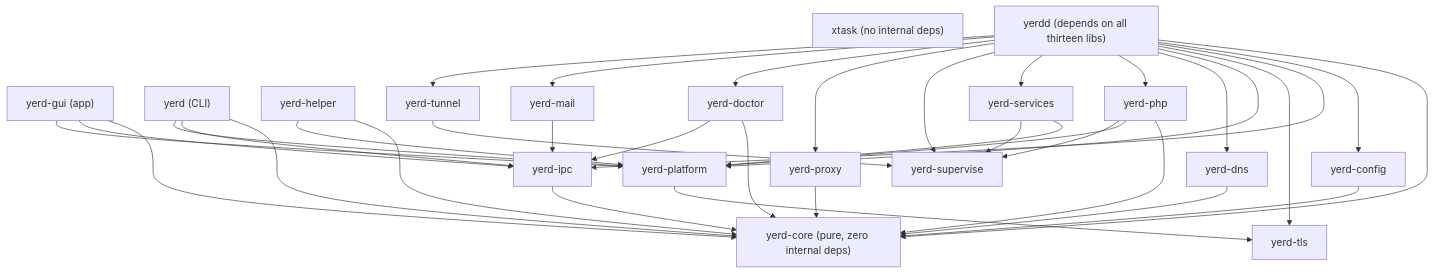
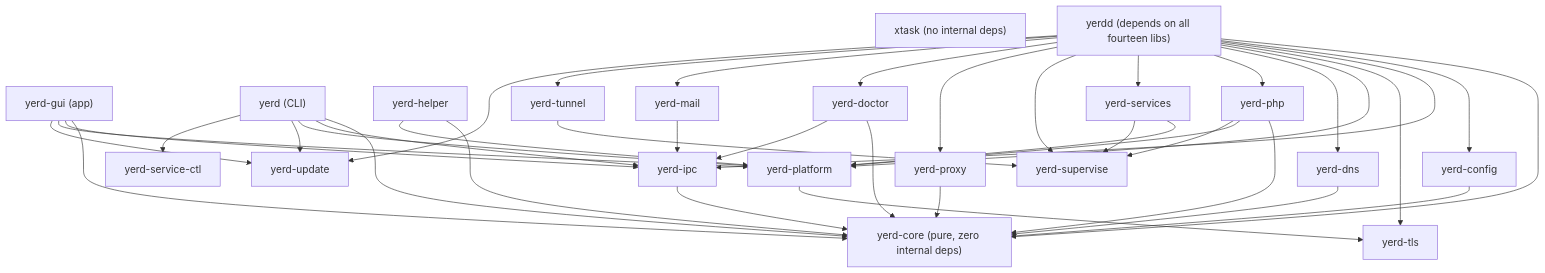
Before and after one commit to forjedio/yerd: the diagram in docs/developer/crates.md, drawn with Mermaid. The commit also changed other lines of this file and 82 other files, not shown here.

````diff
--- a/docs/developer/crates.md
+++ b/docs/developer/crates.md
@@ -72,62 +74,68 @@
 ```mermaid
 flowchart TD
     gui["yerd-gui (app)"]
     xtask["xtask (no internal deps)"]
     yerd["yerd (CLI)"]
-    yerdd["yerdd (depends on all thirteen libs)"]
+    yerdd["yerdd (depends on all fourteen libs)"]
     helper["yerd-helper"]
 
     ipc["yerd-ipc"]
     config["yerd-config"]
     dns["yerd-dns"]
     proxy["yerd-proxy"]
     php["yerd-php"]
     services["yerd-services"]
     supervise["yerd-supervise"]
     doctor["yerd-doctor"]
     tls["yerd-tls"]
     platform["yerd-platform"]
     mail["yerd-mail"]
     tunnel["yerd-tunnel"]
+    update["yerd-update"]
+    servicectl["yerd-service-ctl"]
     core["yerd-core (pure, zero internal deps)"]
 
     gui --> core
     gui --> ipc
     gui --> platform
+    gui --> update
 
     yerd --> core
     yerd --> ipc
     yerd --> platform
+    yerd --> update
+    yerd --> servicectl
 
     helper --> core
     helper --> platform
 
     yerdd --> core
     yerdd --> config
     yerdd --> ipc
     yerdd --> tls
     yerdd --> platform
     yerdd --> dns
     yerdd --> php
     yerdd --> services
     yerdd --> supervise
     yerdd --> proxy
     yerdd --> doctor
     yerdd --> mail
     yerdd --> tunnel
+    yerdd --> update
 
     ipc --> core
     config --> core
     dns --> core
     proxy --> core
     doctor --> core
     doctor --> ipc
     mail --> ipc
     php --> core
     php --> platform
     php --> supervise
     services --> platform
     services --> supervise
     tunnel --> supervise
     platform --> tls
 ```
````
